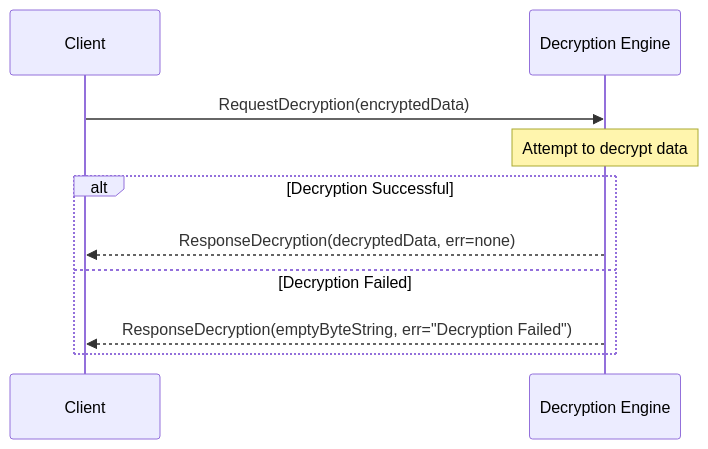
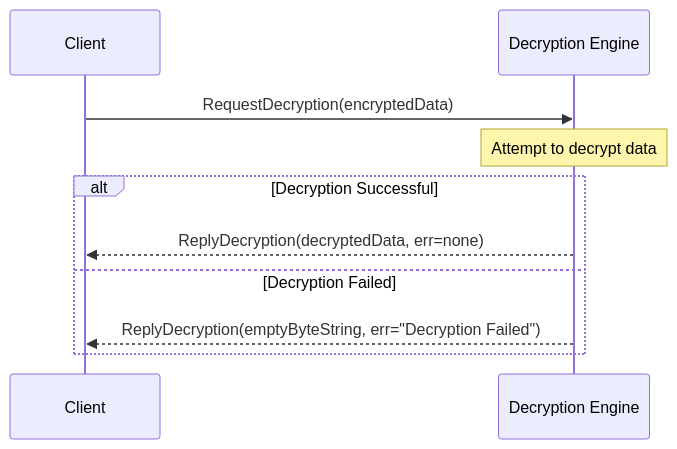
One commit to anoma/nspec changed the diagram in docs/arch/node/engines/decryption_messages.juvix.md. Above: the diagram before and after it, drawn with Mermaid. The commit also changed other lines of this file and 37 other files, not shown here.

Commit message:
Renamed all instances of "Response" to "Reply" in message interfaces for consistency across commitment, decryption, identity management, and other engines.

````diff
--- a/docs/arch/node/engines/decryption_messages.juvix.md
+++ b/docs/arch/node/engines/decryption_messages.juvix.md
@@ -35,13 +35,13 @@
 ```mermaid
 sequenceDiagram
     participant C as Client
     participant DE as Decryption Engine
 
     C->>DE: RequestDecryption(encryptedData)
     Note over DE: Attempt to decrypt data
     alt Decryption Successful
-        DE-->>C: ResponseDecryption(decryptedData, err=none)
+        DE-->>C: ReplyDecryption(decryptedData, err=none)
     else Decryption Failed
-        DE-->>C: ResponseDecryption(emptyByteString, err="Decryption Failed")
+        DE-->>C: ReplyDecryption(emptyByteString, err="Decryption Failed")
     end
 ```
````
